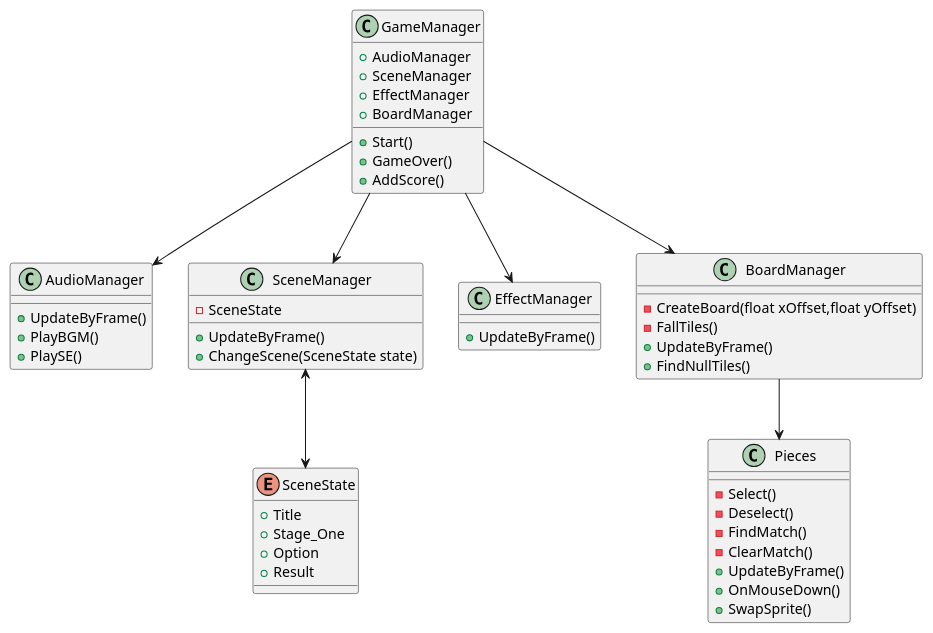
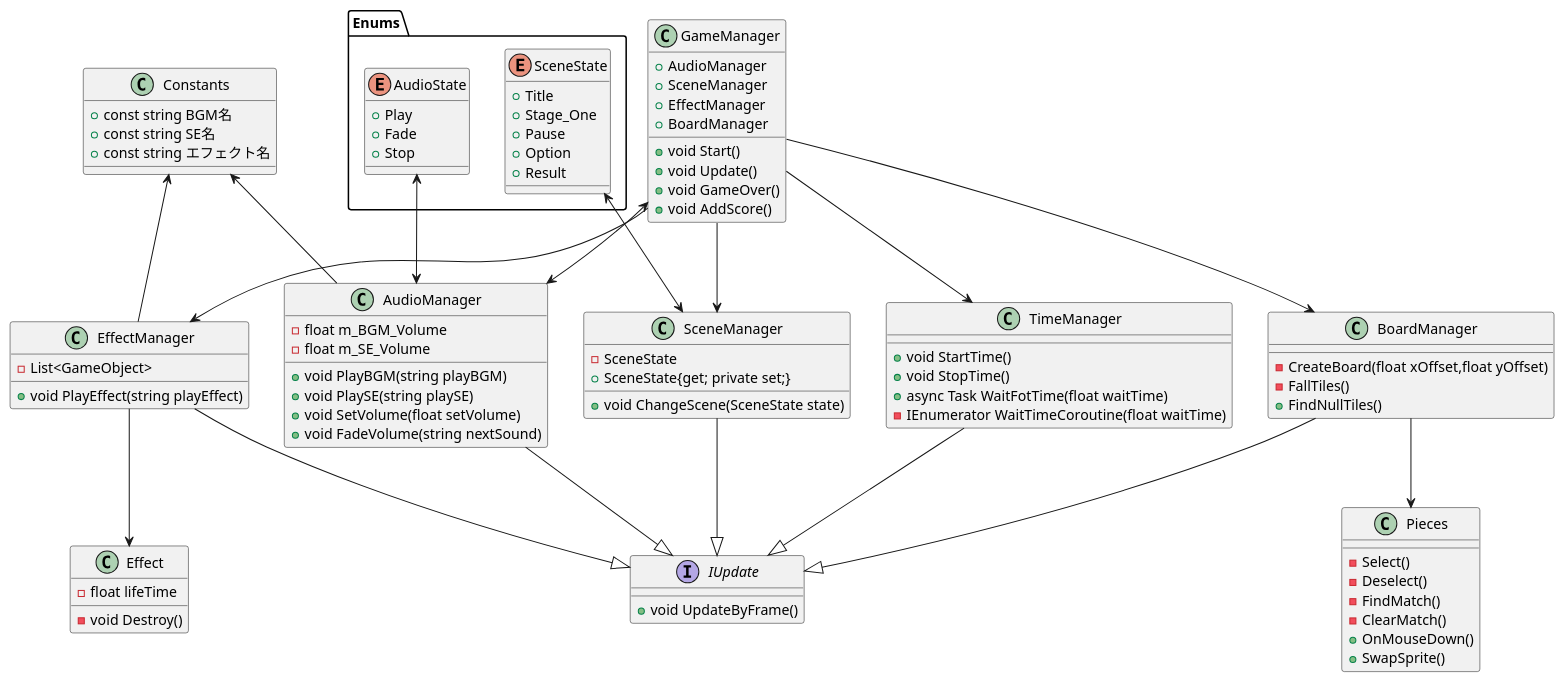
Before and after one commit to FearFrog/2DPuzzle: the diagram in ClassDesign.plantuml, drawn with PlantUML.

Commit message:
Fix ClassDesign
列挙型管理オブジェクト追加
EffectManager実装追加
オーディオ制御の為「AudioState」追加
定数管理クラス 「Constants」 追加
時間管理クラス「TimeManager」追加
Updateのインタフェース化

```diff
--- a/ClassDesign.plantuml
+++ b/ClassDesign.plantuml
@@ -1,65 +1,114 @@
 @startuml
 
-enum SceneState{
-    +Title
-    +Stage_One
-    +Option
-    +Result
+namespace Enums{
+    enum SceneState{
+        +Title
+        +Stage_One
+        +Pause
+        +Option
+        +Result
+    }
+
+    enum AudioState{
+        +Play   
+        +Fade
+        +Stop
+    }
 }
 
+class GameManager{
 
-class GameManager{
     +AudioManager
     +SceneManager
     +EffectManager
     +BoardManager
 
-    +Start()
-    +GameOver()
-    +AddScore()
+
+    +void Start()
+    +void Update() 
+    +void GameOver()
+    +void AddScore()
 }
 
 class AudioManager{
-    +UpdateByFrame()
-    +PlayBGM()
-    +PlaySE()
+    -float m_BGM_Volume
+    -float m_SE_Volume
+
+    +void PlayBGM(string playBGM)
+    +void PlaySE(string playSE)
+    +void SetVolume(float setVolume)
+    +void FadeVolume(string nextSound)
 }
 
 class SceneManager{
     -SceneState
-    +UpdateByFrame()
-    +ChangeScene(SceneState state)
+    +SceneState{get; private set;}
+    +void ChangeScene(SceneState state)
 }
 
 class EffectManager{
-    +UpdateByFrame()
+    -List<GameObject>
+    
+    +void PlayEffect(string playEffect)
+}
+
+class TimeManager{
+    +void StartTime()
+    +void StopTime()
+    +async Task WaitFotTime(float waitTime)
+    -IEnumerator WaitTimeCoroutine(float waitTime) 
 }
 
 class BoardManager{
     -CreateBoard(float xOffset,float yOffset)
     -FallTiles() 
-    +UpdateByFrame()
     +FindNullTiles()
 }
 
 class Pieces{
     -Select()
     -Deselect()
     -FindMatch()
     -ClearMatch()
-    +UpdateByFrame()
     +OnMouseDown()
     +SwapSprite()
 }
 
+interface IUpdate{
+    +void UpdateByFrame()
+}
 
-GameManager --> AudioManager
+class Effect{
+    -float lifeTime
+
+    -void Destroy()
+}
+
+class Constants{
+    +const string BGM名
+    +const string SE名
+    +const string エフェクト名
+}
+
+GameManager <--> AudioManager
 GameManager --> SceneManager
 GameManager --> EffectManager
 GameManager --> BoardManager
+GameManager --> TimeManager
 
 BoardManager-->Pieces
 
-SceneManager <--> SceneState
+SceneManager <-u-> Enums.SceneState
+AudioManager <-u-> Enums.AudioState
+
+AudioManager -u-> Constants
+EffectManager -u-> Constants
+EffectManager --> Effect
+
+AudioManager  --|> IUpdate
+SceneManager  --|> IUpdate
+BoardManager  --|> IUpdate
+EffectManager --|> IUpdate
+TimeManager   --|>  IUpdate
 
 @enduml
```
